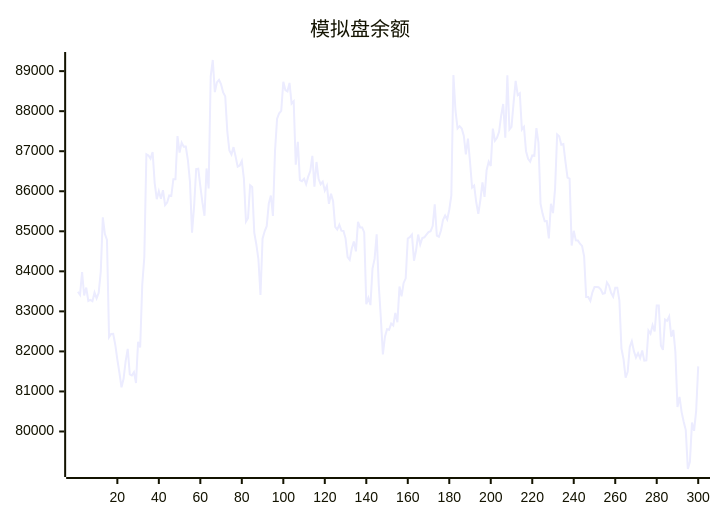
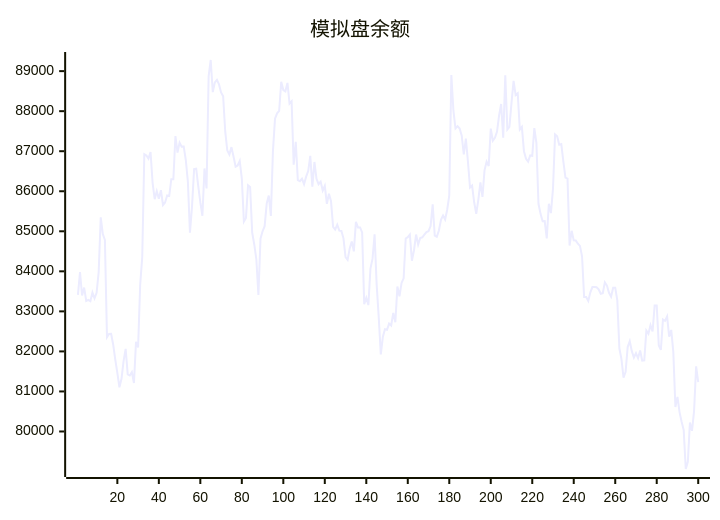
The diagram in README.md (aahl/ai-trading), drawn with Mermaid before and after one commit. The commit also changed other lines of this file and 1 other file, not shown here.

````diff
--- a/README.md
+++ b/README.md
@@ -5,5 +5,5 @@
 ```mermaid
 xychart
     title "模拟盘余额"
-    line [83490,83414,83984,83396,83594,83261,83287,83253,83470,83327,83465,83987,85348,84930,84786,82355,82433,82438,82167,81795,81466,81105,81315,81756,82064,81426,81398,81481,81210,82242,82099,83658,84359,86925,86892,86814,86980,86203,85802,86003,85811,86028,85657,85721,85896,85880,86300,86299,87378,86965,87214,87115,87118,86780,86238,84966,85623,86555,86562,86129,85722,85387,86569,86070,88870,89278,88477,88720,88781,88668,88467,88372,87493,87018,86917,87102,86870,86613,86644,86758,86317,85242,85334,86149,86106,84968,84671,84302,83410,84816,85001,85127,85693,85891,85384,87001,87811,87945,88007,88734,88528,88495,88705,88189,88248,86662,87234,86279,86251,86314,86177,86364,86503,86886,86114,86731,86310,86176,86240,86017,86136,85685,85938,85749,85111,85044,85164,85016,85008,84824,84354,84287,84572,84745,84500,85234,85096,85095,84970,83180,83338,83157,84070,84309,84922,83667,82850,81924,82369,82552,82539,82695,82648,82962,82728,83619,83378,83710,83825,84819,84854,84917,84265,84527,84919,84668,84834,84850,84916,84981,85004,85131,85674,84891,84864,85019,85284,85393,85294,85538,85894,88904,88012,87567,87625,87568,87386,86920,87313,86737,86094,86143,85725,85437,85787,86219,85859,86526,86740,86630,87563,87264,87335,87483,87886,88180,87335,88894,87544,87608,88207,88755,88401,88444,87543,87608,87000,86810,86740,86894,86884,87576,87209,85686,85435,85251,85255,84820,85689,85453,86066,87420,87373,87161,87178,86740,86341,86315,84643,85012,84772,84768,84690,84635,84376,83360,83357,83259,83474,83608,83606,83602,83548,83440,83454,83724,83644,83464,83365,83590,83592,83275,82072,81806,81344,81492,82109,82254,82006,81848,81955,81829,82022,81769,81776,82522,82441,82656,82498,83144,83144,82150,82038,82797,82763,82872,82367,82536,81981,80612,80862,80484,80242,80034,79063,79245,80226,80016,80507,81625]
+    line [83414,83984,83396,83594,83261,83287,83253,83470,83327,83465,83987,85348,84930,84786,82355,82433,82438,82167,81795,81466,81105,81315,81756,82064,81426,81398,81481,81210,82242,82099,83658,84359,86925,86892,86814,86980,86203,85802,86003,85811,86028,85657,85721,85896,85880,86300,86299,87378,86965,87214,87115,87118,86780,86238,84966,85623,86555,86562,86129,85722,85387,86569,86070,88870,89278,88477,88720,88781,88668,88467,88372,87493,87018,86917,87102,86870,86613,86644,86758,86317,85242,85334,86149,86106,84968,84671,84302,83410,84816,85001,85127,85693,85891,85384,87001,87811,87945,88007,88734,88528,88495,88705,88189,88248,86662,87234,86279,86251,86314,86177,86364,86503,86886,86114,86731,86310,86176,86240,86017,86136,85685,85938,85749,85111,85044,85164,85016,85008,84824,84354,84287,84572,84745,84500,85234,85096,85095,84970,83180,83338,83157,84070,84309,84922,83667,82850,81924,82369,82552,82539,82695,82648,82962,82728,83619,83378,83710,83825,84819,84854,84917,84265,84527,84919,84668,84834,84850,84916,84981,85004,85131,85674,84891,84864,85019,85284,85393,85294,85538,85894,88904,88012,87567,87625,87568,87386,86920,87313,86737,86094,86143,85725,85437,85787,86219,85859,86526,86740,86630,87563,87264,87335,87483,87886,88180,87335,88894,87544,87608,88207,88755,88401,88444,87543,87608,87000,86810,86740,86894,86884,87576,87209,85686,85435,85251,85255,84820,85689,85453,86066,87420,87373,87161,87178,86740,86341,86315,84643,85012,84772,84768,84690,84635,84376,83360,83357,83259,83474,83608,83606,83602,83548,83440,83454,83724,83644,83464,83365,83590,83592,83275,82072,81806,81344,81492,82109,82254,82006,81848,81955,81829,82022,81769,81776,82522,82441,82656,82498,83144,83144,82150,82038,82797,82763,82872,82367,82536,81981,80612,80862,80484,80242,80034,79063,79245,80226,80016,80507,81625,81233]
 ```
````
